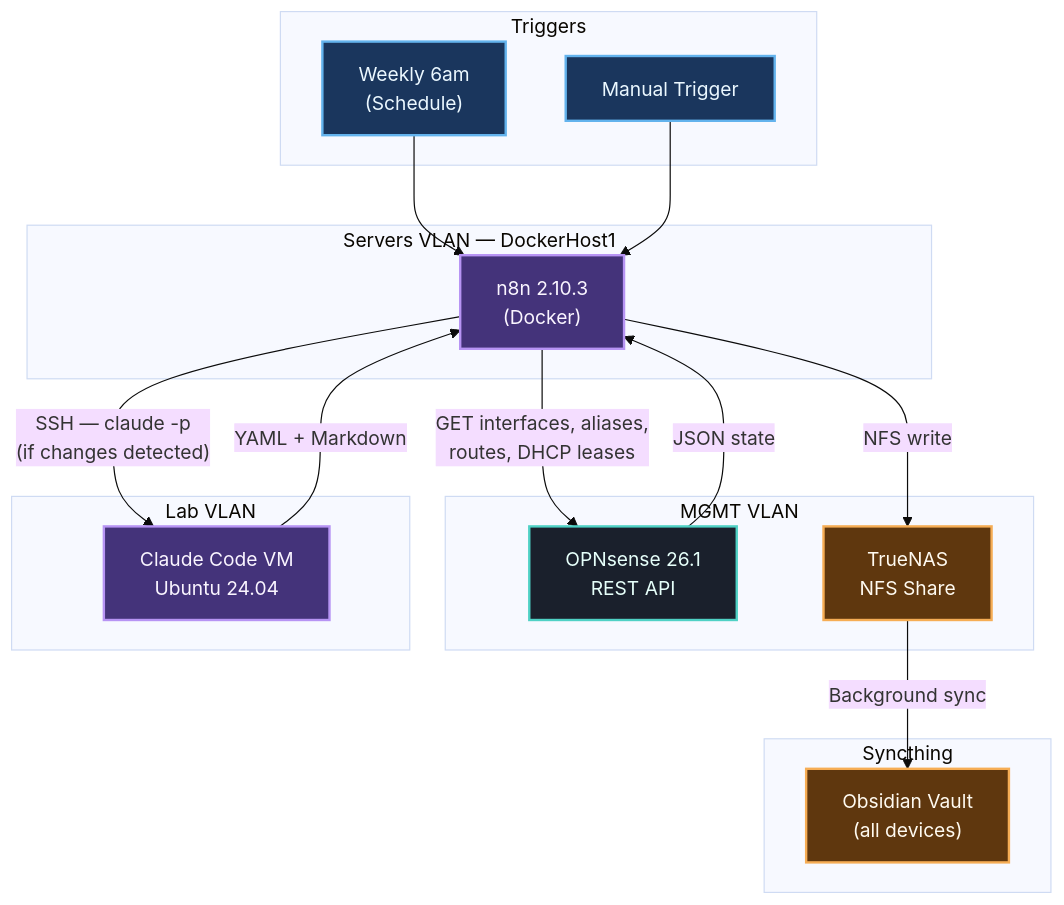
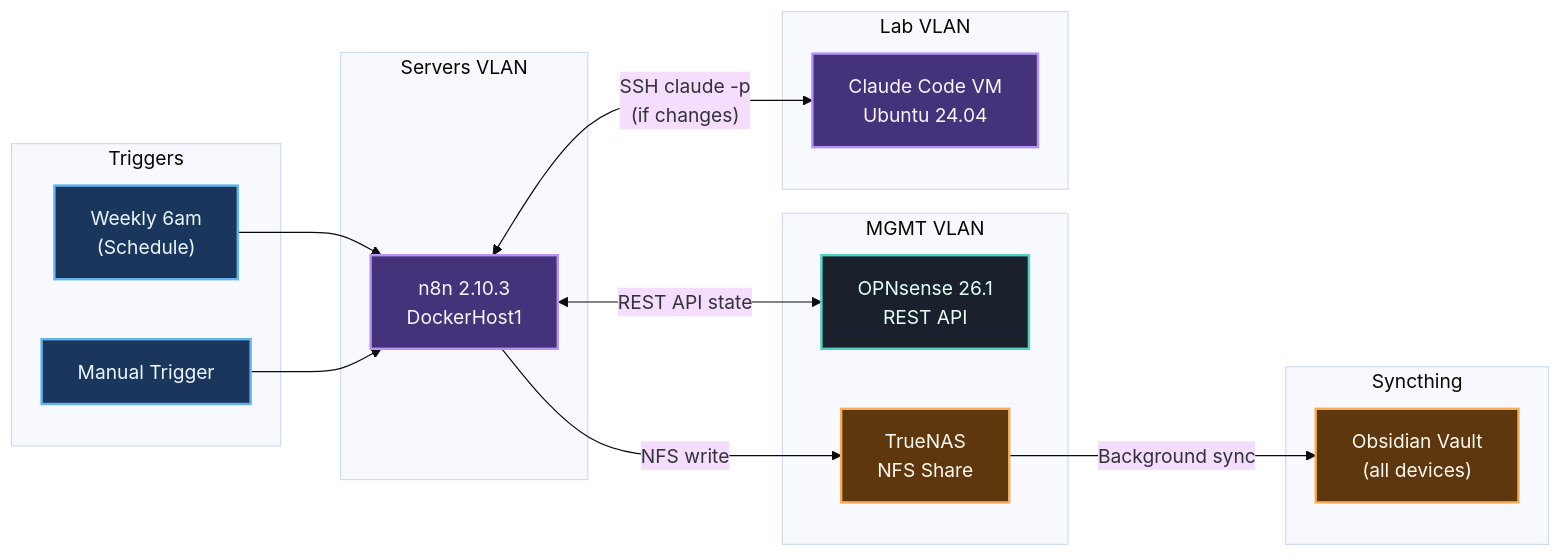
Before and after one commit to moshthesubnet/hugo_website: the first of 2 diagrams in content/docs/projects/n8n-homelab-docs-pipeline/index.md, drawn with Mermaid (base theme). The commit also changed 1 other file, not shown here.

Commit message:
Fix architecture diagram: switch to LR layout, remove Doc artifact, clean trigger arrows
Also includes blog post updates: Ubuntu 24.04 and weekly workflow schedule.

```diff
--- a/content/docs/projects/n8n-homelab-docs-pipeline/index.md
+++ b/content/docs/projects/n8n-homelab-docs-pipeline/index.md
@@ -41,43 +41,41 @@
 {{< mermaid >}}
-flowchart TD
+flowchart LR
     subgraph trigger["Triggers"]
         SCHED["Weekly 6am<br/>(Schedule)"]
         MANUAL["Manual Trigger"]
     end
 
-    subgraph servers["Servers VLAN — DockerHost1"]
-        N8N["n8n 2.10.3<br/>(Docker)"]
+    subgraph servers["Servers VLAN"]
+        N8N["n8n 2.10.3<br/>DockerHost1"]
     end
 
     subgraph mgmt["MGMT VLAN"]
         OPN["OPNsense 26.1<br/>REST API"]
         TRUENAS["TrueNAS<br/>NFS Share"]
     end
 
     subgraph lab["Lab VLAN"]
         CLAUDE["Claude Code VM<br/>Ubuntu 24.04"]
     end
 
     subgraph sync["Syncthing"]
         OBSIDIAN["Obsidian Vault<br/>(all devices)"]
     end
 
     SCHED --> N8N
     MANUAL --> N8N
-    N8N -->|"GET interfaces, aliases,<br/>routes, DHCP leases"| OPN
-    OPN -->|"JSON state"| N8N
-    N8N -->|"SSH — claude -p<br/>(if changes detected)"| CLAUDE
-    CLAUDE -->|"YAML + Markdown"| N8N
+    N8N <-->|"REST API state"| OPN
+    N8N <-->|"SSH claude -p<br/>(if changes)"| CLAUDE
     N8N -->|"NFS write"| TRUENAS
     TRUENAS -->|"Background sync"| OBSIDIAN
 
     classDef trigger fill:#1a365d,stroke:#63b3ed,stroke-width:2px,color:#ebf8ff
     classDef api fill:#1a202c,stroke:#4fd1c5,stroke-width:2px,color:#e6fffa
     classDef code fill:#44337a,stroke:#b794f4,stroke-width:2px,color:#faf5ff
     classDef io fill:#5f370e,stroke:#f6ad55,stroke-width:2px,color:#fffaf0
 
     class SCHED,MANUAL trigger
     class OPN api
     class N8N,CLAUDE code
     class TRUENAS,OBSIDIAN io
 {{< /mermaid >}}
```
